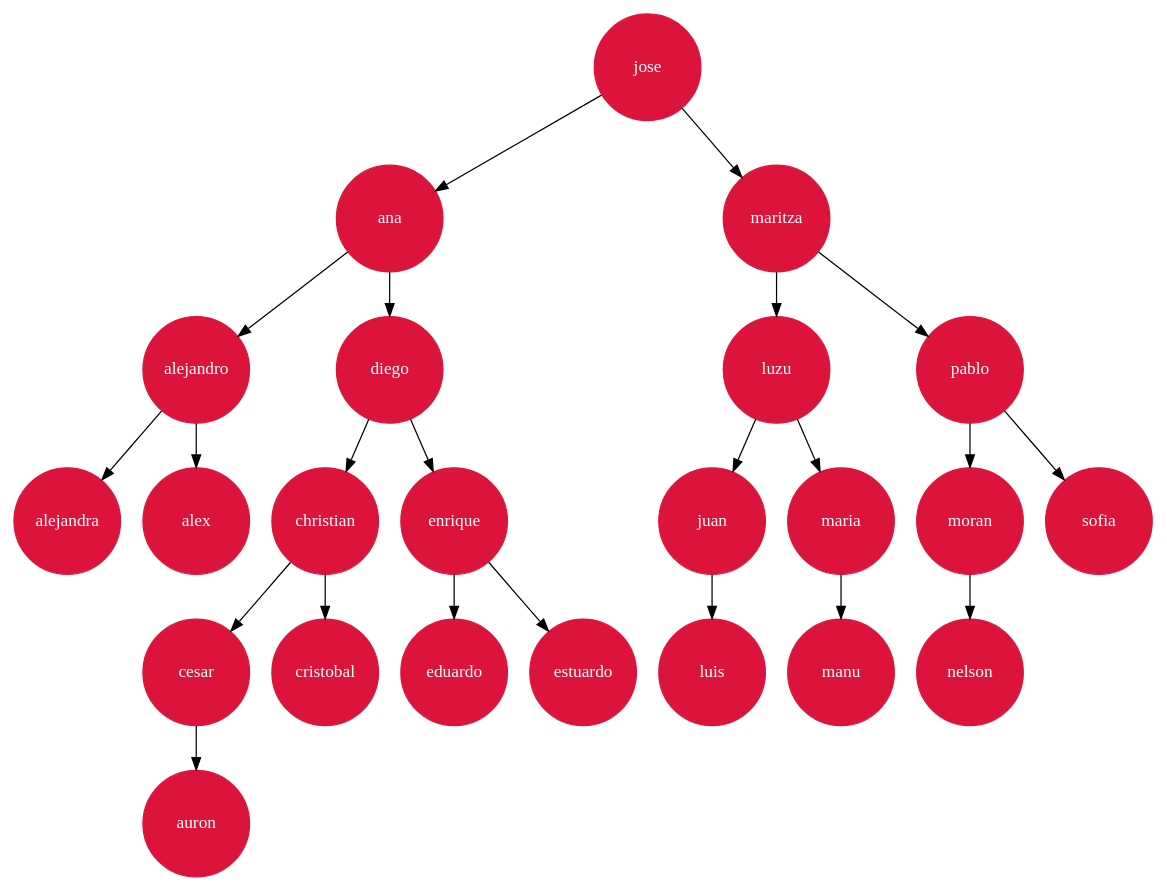
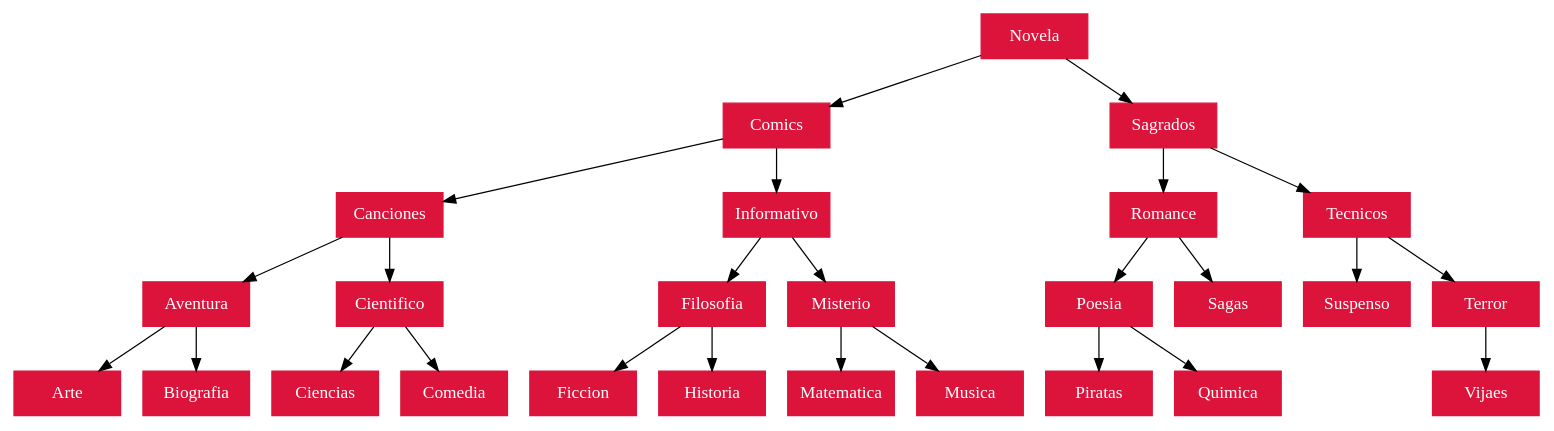
The diagram in AVL_Categorias.dot (juanpaestrada20/EDD_PY2_201800709), drawn with Graphviz before and after one commit. The commit also changed 16 other files, not shown here.

```diff
--- a/AVL_Categorias.dot
+++ b/AVL_Categorias.dot
@@ -1,27 +1,30 @@
 digraph G{
 rankdir=TB;
-node [margin=0 shape=circle height=1.2 color=crimson fontcolor=white style=filled ];
-jose->ana
-ana->alejandro
-alejandro->alejandra
-alejandro->alex
-ana->diego
-diego->christian
-christian->cesar
-cesar->auron
-christian->cristobal
-diego->enrique
-enrique->eduardo
-enrique->estuardo
-jose->maritza
-maritza->luzu
-luzu->juan
-juan->luis
-luzu->maria
-maria->manu
-maritza->pablo
-pablo->moran
-moran->nelson
-pablo->sofia
+node [margin=0 shape=box width=1.2 color=crimson fontcolor=white style=filled ];
+Novela->Comics
+Comics->Canciones
+Canciones->Aventura
+Aventura->Arte
+Aventura->Biografia
+Canciones->Cientifico
+Cientifico->Ciencias
+Cientifico->Comedia
+Comics->Informativo
+Informativo->Filosofia
+Filosofia->Ficcion
+Filosofia->Historia
+Informativo->Misterio
+Misterio->Matematica
+Misterio->Musica
+Novela->Sagrados
+Sagrados->Romance
+Romance->Poesia
+Poesia->Piratas
+Poesia->Quimica
+Romance->Sagas
+Sagrados->Tecnicos
+Tecnicos->Suspenso
+Tecnicos->Terror
+Terror->Vijaes
 
 }
```
